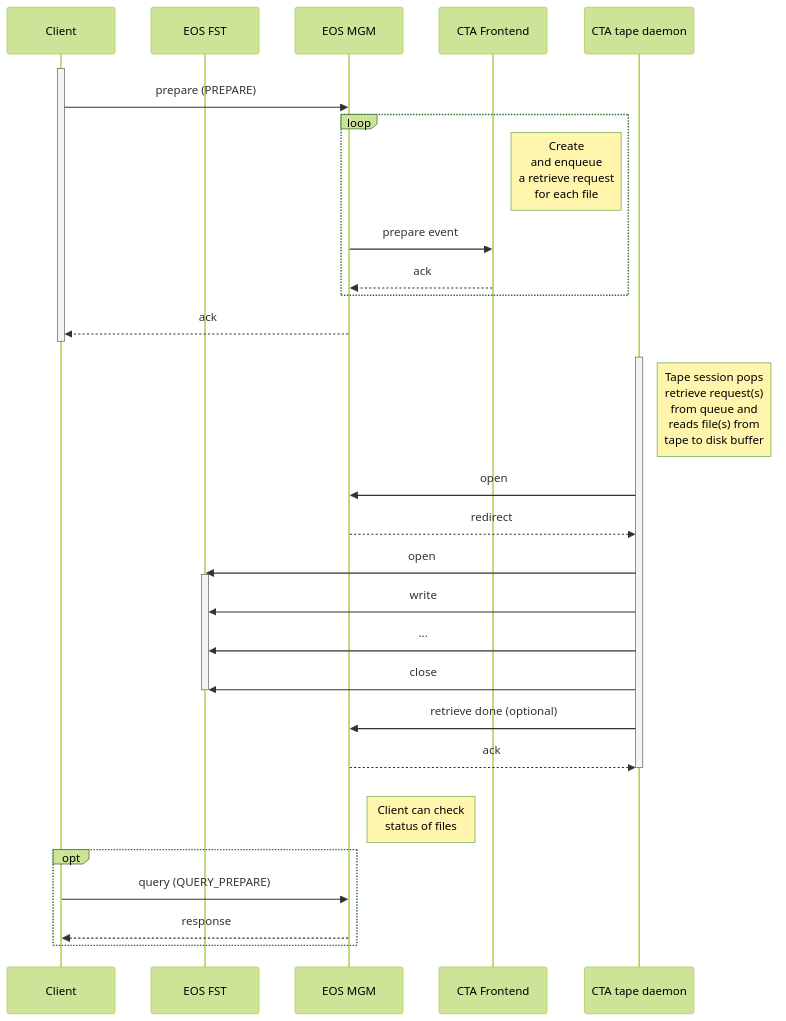
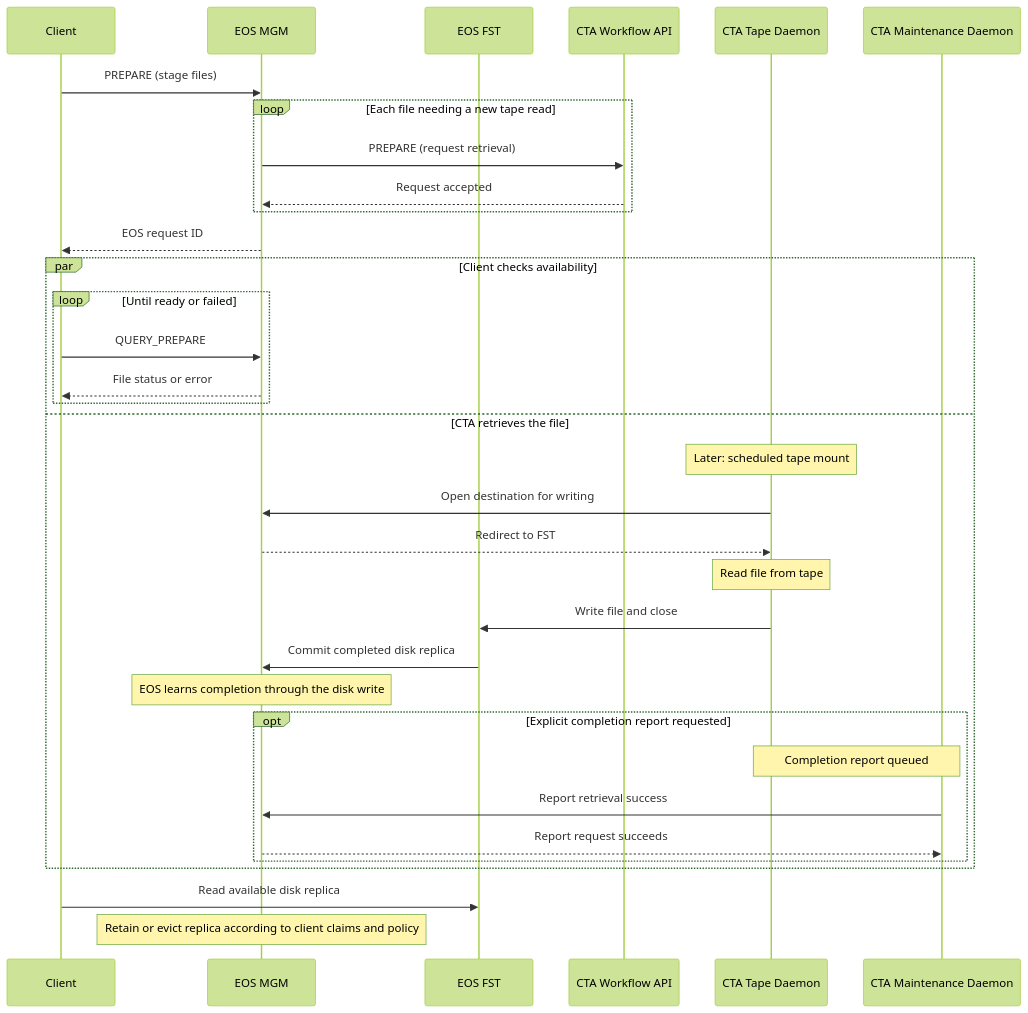
The diagram in docs/content/concepts/data-management/retrieval.md (cern-cta/CTA), drawn with Mermaid (forest theme) before and after one commit. The commit also changed other lines of this file and 24 other files, not shown here.

````diff
--- a/docs/content/concepts/data-management/retrieval.md
+++ b/docs/content/concepts/data-management/retrieval.md
@@ -49,41 +55,39 @@
 ```mermaid
 sequenceDiagram
-    participant Client as Client
+    participant Client
+    participant MGM as EOS MGM
     participant FST as EOS FST
-    participant MGM as EOS MGM
-    participant FE as CTA Frontend
-    participant TS as CTA tape daemon
-    rect rgba(255,255,255,0.1)
-    activate Client
-    Client ->> MGM: prepare (PREPARE)
-    loop
-    Note right of FE: Create<br/>and enqueue<br/>a retrieve request<br/>for each file
-    MGM ->> FE: prepare event
-    FE -->> MGM: ack
+    participant API as CTA Workflow API
+    participant TD as CTA Tape Daemon
+    participant MD as CTA Maintenance Daemon
+
+    Client ->> MGM: PREPARE (stage files)
+    loop Each file needing a new tape read
+        MGM ->> API: PREPARE (request retrieval)
+        API -->> MGM: Request accepted
     end
-    MGM -->> Client: ack
+    MGM -->> Client: EOS request ID
+
+    par Client checks availability
+        loop Until ready or failed
+            Client ->> MGM: QUERY_PREPARE
+            MGM -->> Client: File status or error
+        end
+    and CTA retrieves the file
+        Note over TD: Later: scheduled tape mount
+        TD ->> MGM: Open destination for writing
+        MGM -->> TD: Redirect to FST
+        Note over TD: Read file from tape
+        TD ->> FST: Write file and close
+        FST ->> MGM: Commit completed disk replica
+        Note over MGM: EOS learns completion through the disk write
+        opt Explicit completion report requested
+            Note over TD,MD: Completion report queued
+            MD ->> MGM: Report retrieval success
+            MGM -->> MD: Report request succeeds
+        end
     end
-    deactivate Client
-    rect rgba(255,255,255,0.1)
-    activate TS
-    Note right of TS: Tape session pops<br/>retrieve request(s)<br/>from queue and<br/>reads file(s) from<br/>tape to disk buffer
-    TS ->> MGM: open
-    MGM -->> TS: redirect
-    TS ->> FST: open
-    activate FST
-    TS ->> FST: write
-    TS ->> FST: ...
-    TS ->> FST: close
-    deactivate FST
-    TS ->> MGM: retrieve done (optional)
-    MGM -->> TS: ack
-    deactivate TS
-    end
-    rect rgba(255,255,255,0.1)
-    Note right of MGM: Client can check<br/>status of files
-    opt
-    Client ->> MGM: query (QUERY_PREPARE)
-    MGM -->> Client: response
-    end
-    end
+
+    Client ->> FST: Read available disk replica
+    Note over MGM: Retain or evict replica according to client claims and policy
 ```
````
